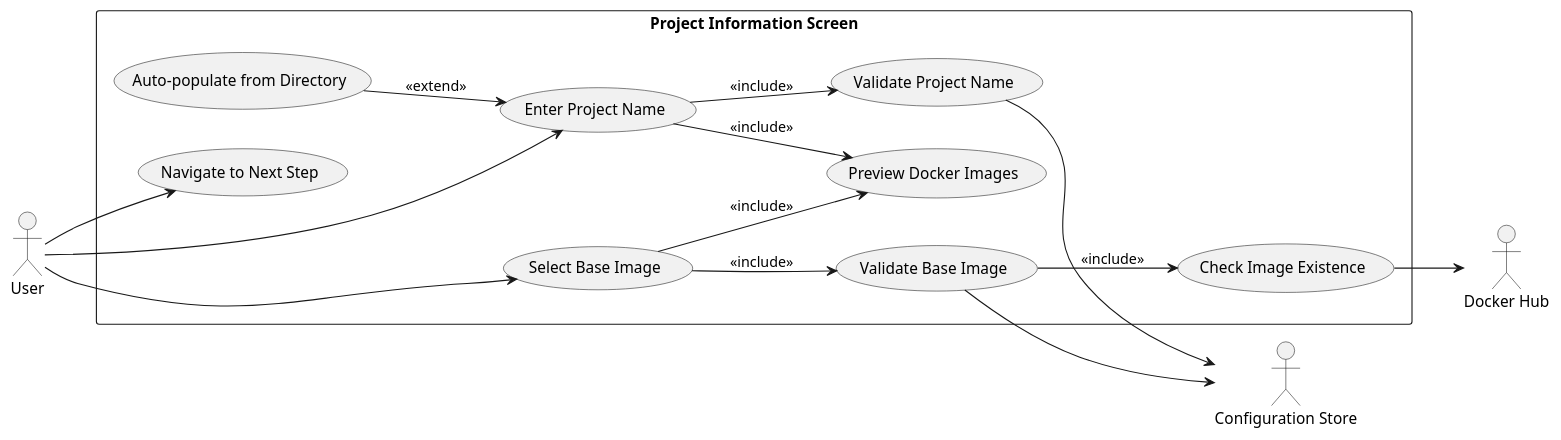
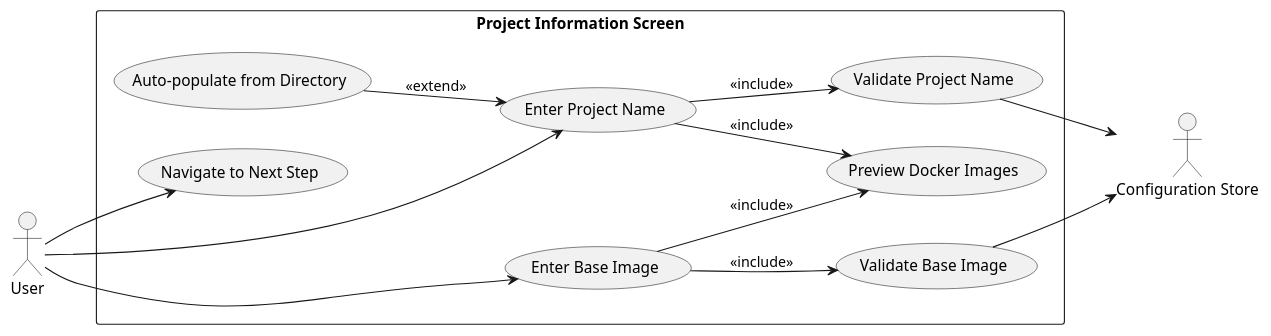
Before and after one commit to igamenovoer/PeiDocker: the diagram in context/plans/gui/screens/sc-3/figures/sc3/use-cases.puml, drawn with PlantUML. The commit also changed 28 other files, not shown here.

```diff
--- a/context/plans/gui/screens/sc-3/figures/sc3/use-cases.puml
+++ b/context/plans/gui/screens/sc-3/figures/sc3/use-cases.puml
@@ -1,30 +1,26 @@
 @startuml
 left to right direction
 actor "User" as user
-actor "Docker Hub" as hub
 actor "Configuration Store" as config
 
 rectangle "Project Information Screen" {
   usecase "Enter Project Name" as UC1
-  usecase "Select Base Image" as UC2
+  usecase "Enter Base Image" as UC2
   usecase "Validate Project Name" as UC3
   usecase "Validate Base Image" as UC4
   usecase "Preview Docker Images" as UC5
-  usecase "Check Image Existence" as UC6
   usecase "Auto-populate from Directory" as UC7
   usecase "Navigate to Next Step" as UC8
 }
 
 user --> UC1
 user --> UC2
 user --> UC8
 UC1 --> UC3 : <<include>>
 UC2 --> UC4 : <<include>>
 UC1 --> UC5 : <<include>>
 UC2 --> UC5 : <<include>>
-UC4 --> UC6 : <<include>>
 UC3 --> config
 UC4 --> config
-UC6 --> hub
 UC7 --> UC1 : <<extend>>
 @enduml
```
